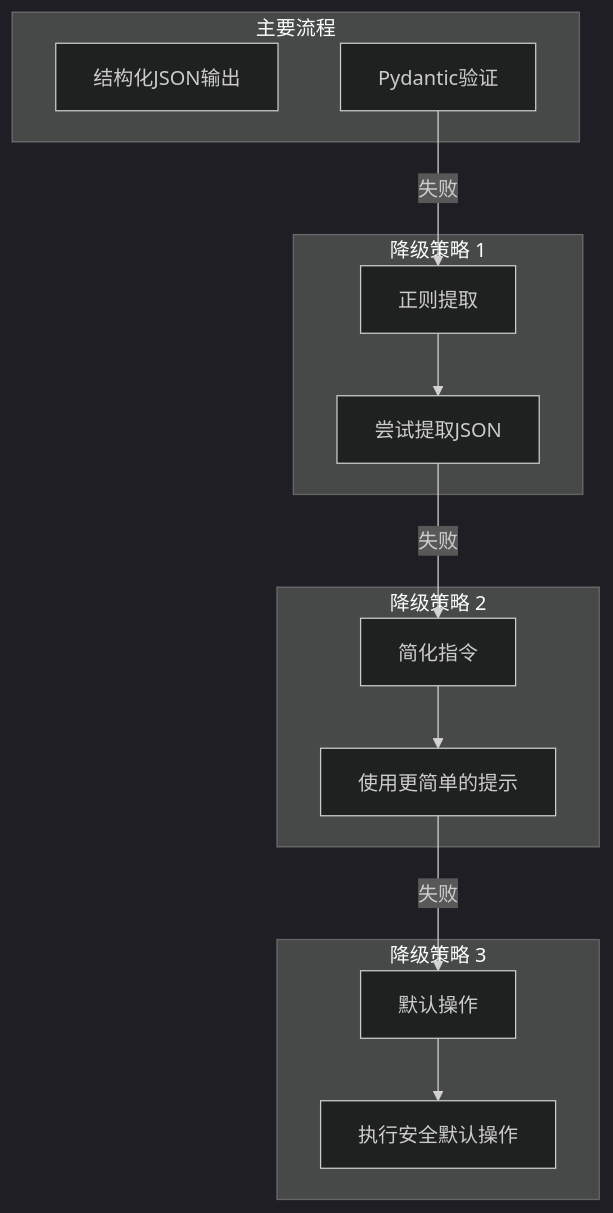
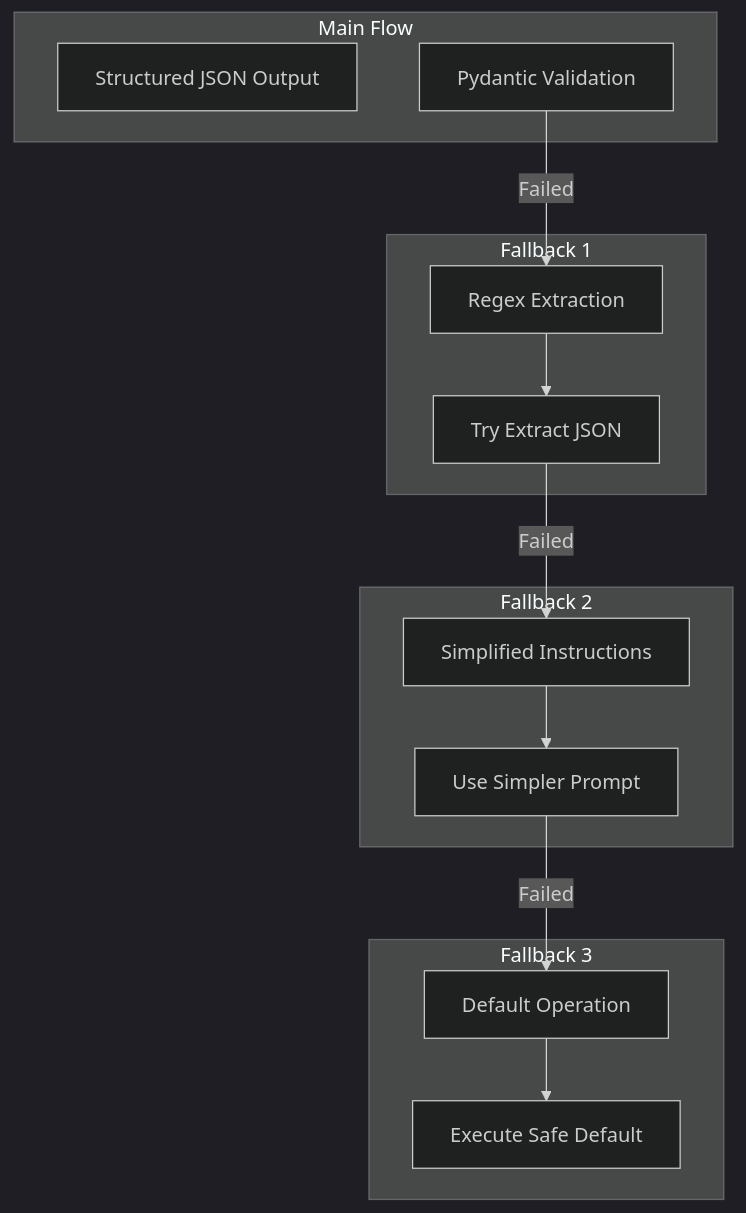
Before and after one commit to dyu55/My-Agent: the ninth of 11 diagrams in ROADMAP.md, drawn with Mermaid (dark theme). The commit also changed other lines of this file and 2 other files, not shown here.

````diff
--- a/ROADMAP.md
+++ b/ROADMAP.md
@@ -255,26 +254,26 @@
 ```mermaid
 flowchart TD
-    subgraph 主要流程["主要流程"]
-        M1[结构化JSON输出]
-        M2[Pydantic验证]
+    subgraph MainFlow["Main Flow"]
+        M1[Structured JSON Output]
+        M2[Pydantic Validation]
     end
 
-    subgraph 降级1["降级策略 1"]
-        D1[正则提取]
-        D1T[尝试提取JSON]
+    subgraph Fallback1["Fallback 1"]
+        D1[Regex Extraction]
+        D1T[Try Extract JSON]
     end
 
-    subgraph 降级2["降级策略 2"]
-        D2[简化指令]
-        D2T[使用更简单的提示]
+    subgraph Fallback2["Fallback 2"]
+        D2[Simplified Instructions]
+        D2T[Use Simpler Prompt]
     end
 
-    subgraph 降级3["降级策略 3"]
-        D3[默认操作]
-        D3T[执行安全默认操作]
+    subgraph Fallback3["Fallback 3"]
+        D3[Default Operation]
+        D3T[Execute Safe Default]
     end
 
-    M2 -- 失败 --> D1 --> D1T
-    D1T -- 失败 --> D2 --> D2T
-    D2T -- 失败 --> D3 --> D3T
+    M2 -- Failed --> D1 --> D1T
+    D1T -- Failed --> D2 --> D2T
+    D2T -- Failed --> D3 --> D3T
 ```
````
